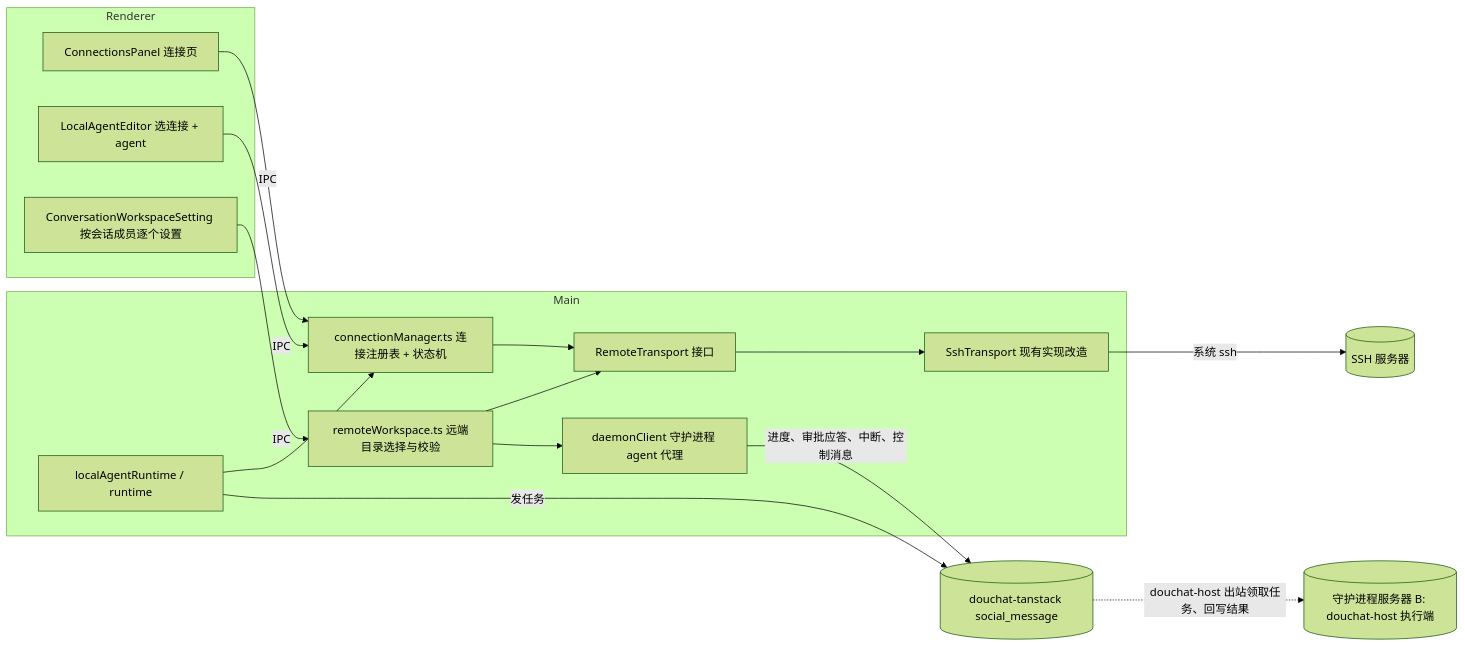
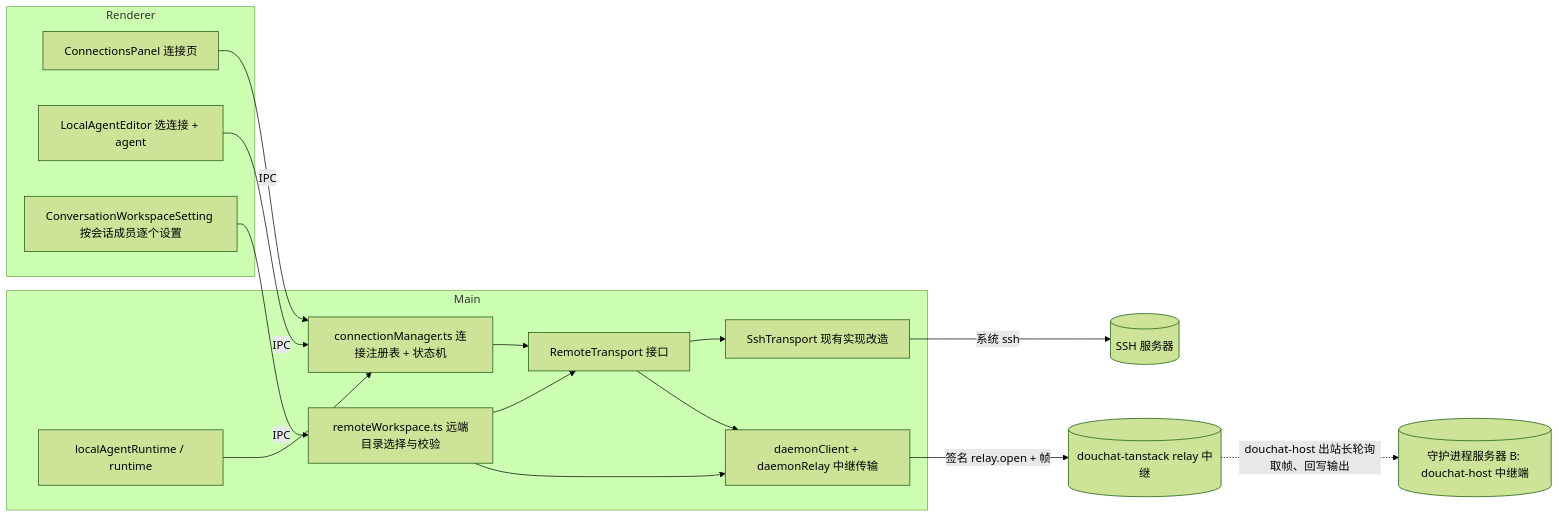
One commit to neverdie0710/douchat changed the first of 3 diagrams in docs/remote-connections.md. Above: the diagram before and after it, drawn with Mermaid (forest theme). The commit also changed other lines of this file and 47 other files, not shown here.

````diff
--- a/docs/remote-connections.md
+++ b/docs/remote-connections.md
@@ -26,26 +26,25 @@
 ```mermaid
 flowchart LR
   subgraph Renderer
     CP[ConnectionsPanel 连接页]
     AE[LocalAgentEditor 选连接 + agent]
     WS[ConversationWorkspaceSetting 按会话成员逐个设置]
   end
   subgraph Main
     CM[connectionManager.ts 连接注册表 + 状态机]
     RT[RemoteTransport 接口]
     SSH[SshTransport 现有实现改造]
-    DMN[daemonClient 守护进程 agent 代理]
+    DMN[daemonClient + daemonRelay 中继传输]
     RUN[localAgentRuntime / runtime]
     RWS[remoteWorkspace.ts 远端目录选择与校验]
   end
   CP -->|IPC| CM
   AE -->|IPC| CM
   WS -->|IPC| RWS
   RUN --> CM --> RT
   RWS --> RT
   RWS --> DMN
   RT --> SSH -->|系统 ssh| S1[(SSH 服务器)]
-  RUN -->|发任务| TS[(douchat-tanstack social_message)]
-  DMN -->|进度、审批应答、中断、控制消息| TS
-  TS -.->|douchat-host 出站领取任务、回写结果| S2[(守护进程服务器 B: douchat-host 执行端)]
+  RT --> DMN -->|签名 relay.open + 帧| TS[(douchat-tanstack relay 中继)]
+  TS -.->|douchat-host 出站长轮询取帧、回写输出| S2[(守护进程服务器 B: douchat-host 中继端)]
 ```
````
